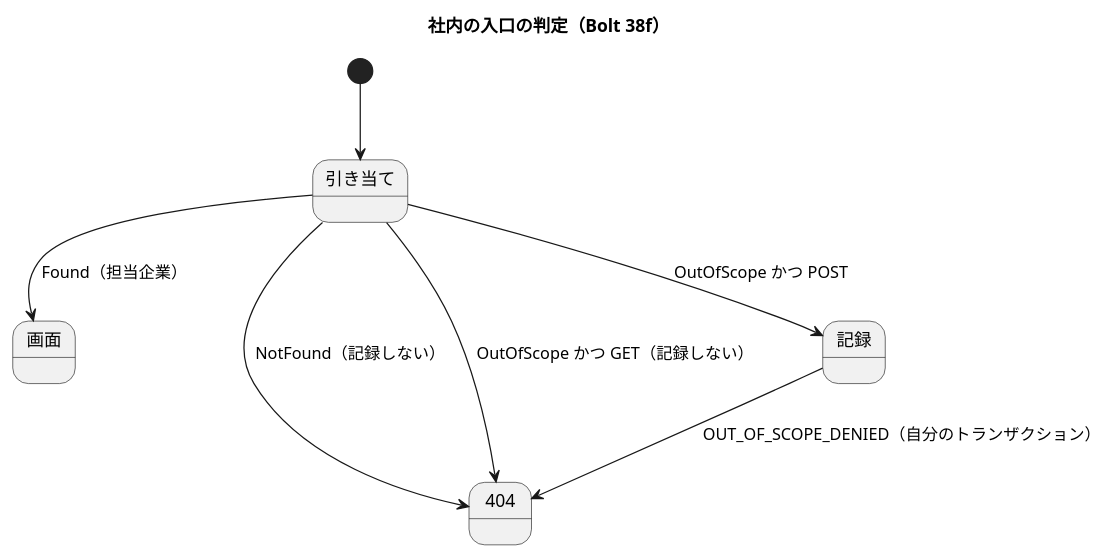
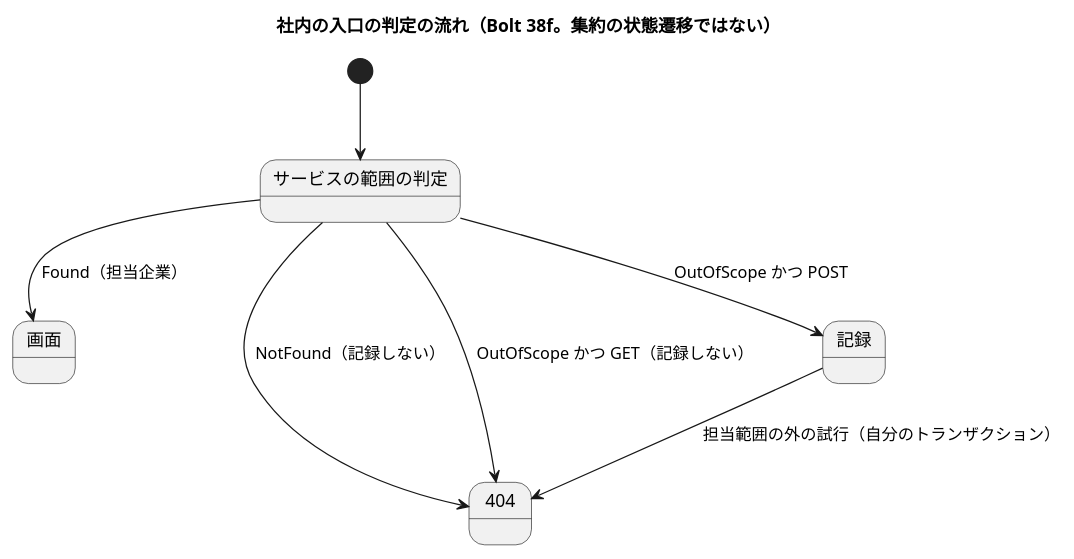
The second of 2 diagrams in docs/development/cargo-tracker/bolt_38f_plan.md (k2works/practical-domain-driven-design-in-enterpris-application), drawn with PlantUML before and after one commit. The commit also changed other lines of this file and 70 other files, not shown here.

````diff
--- a/docs/development/cargo-tracker/bolt_38f_plan.md
+++ b/docs/development/cargo-tracker/bolt_38f_plan.md
@@ -207,11 +267,11 @@
 ```plantuml
 @startuml
-title 社内の入口の判定（Bolt 38f）
-[*] --> 引き当て
-引き当て --> 画面 : Found（担当企業）
-引き当て --> 404 : NotFound（記録しない）
-引き当て --> 404 : OutOfScope かつ GET（記録しない）
-引き当て --> 記録 : OutOfScope かつ POST
-記録 --> 404 : OUT_OF_SCOPE_DENIED（自分のトランザクション）
+title 社内の入口の判定の流れ（Bolt 38f。集約の状態遷移ではない）
+[*] --> サービスの範囲の判定
+サービスの範囲の判定 --> 画面 : Found（担当企業）
+サービスの範囲の判定 --> 404 : NotFound（記録しない）
+サービスの範囲の判定 --> 404 : OutOfScope かつ GET（記録しない）
+サービスの範囲の判定 --> 記録 : OutOfScope かつ POST
+記録 --> 404 : 担当範囲の外の試行（自分のトランザクション）
 @enduml
 ```
````
